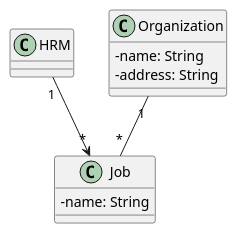
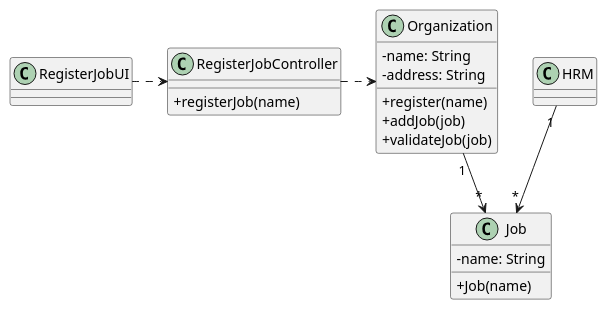
Before and after one commit to diogoveirospro/lei-24-s2-1dg-g072: the diagram in docs/sprintB/us002/03.design/puml/us002-class-diagram.puml, drawn with PlantUML. The commit also changed 9 other files, not shown here.

Commit message:
Corrections to the partial and full sequence diagram and completion of the class diagram.

```diff
--- a/docs/sprintB/us002/03.design/puml/us002-class-diagram.puml
+++ b/docs/sprintB/us002/03.design/puml/us002-class-diagram.puml
@@ -1,27 +1,43 @@
 @startuml
 'skinparam monochrome true
 skinparam packageStyle rectangle
 skinparam shadowing false
 skinparam linetype polyline
 'skinparam linetype orto
 
 skinparam classAttributeIconSize 0
 
 'left to right direction
 
 class Job {
     - name: String
+
+    + Job(name)
 }
 
 class HRM {
 }
 
 class Organization {
     - name: String
     - address: String
+
+    + register(name)
+    + addJob(job)
+    + validateJob(job)
+}
+
+class RegisterJobUI {
+
+}
+
+class RegisterJobController {
+    + registerJob(name)
 }
 
 HRM "1" --> "*" Job
-Organization "1" -- "*" Job
+Organization "1" --> "*" Job
+RegisterJobUI .> RegisterJobController
+RegisterJobController .> Organization
 
 @enduml
```
